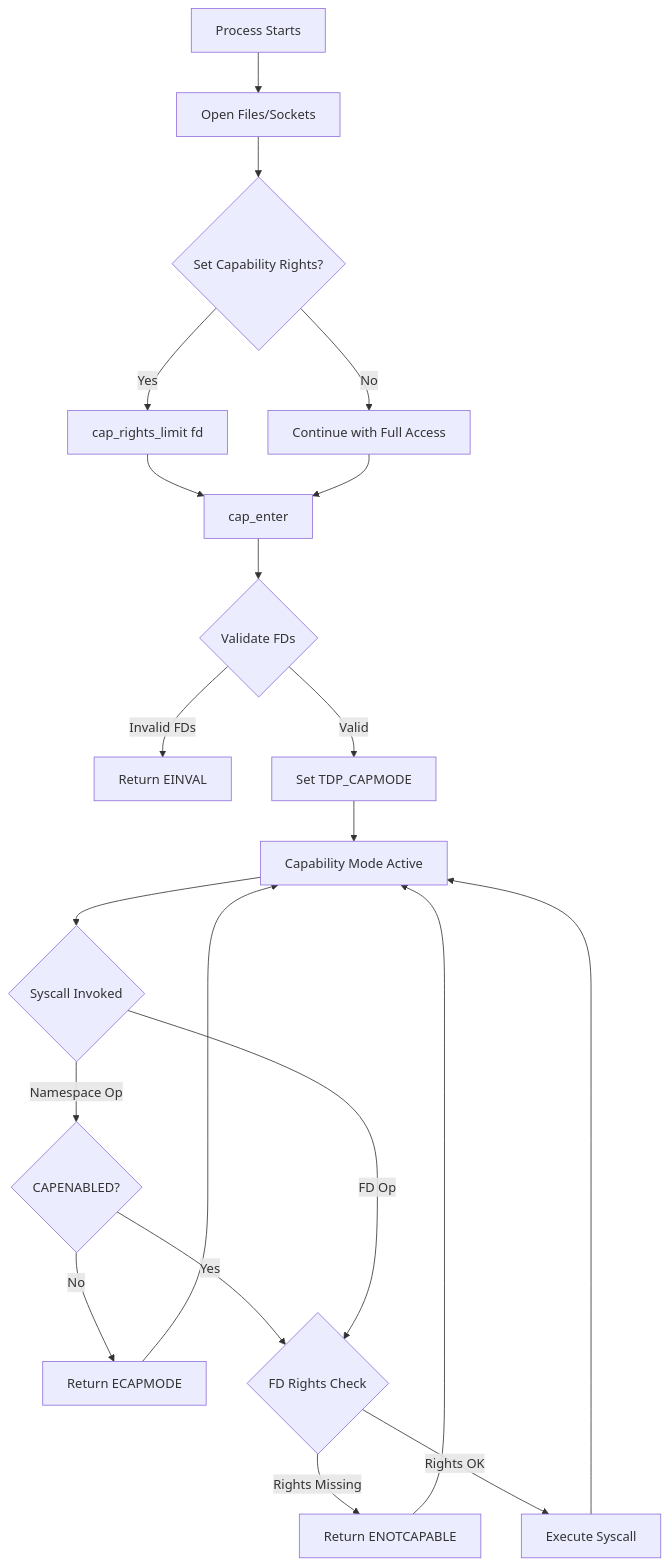
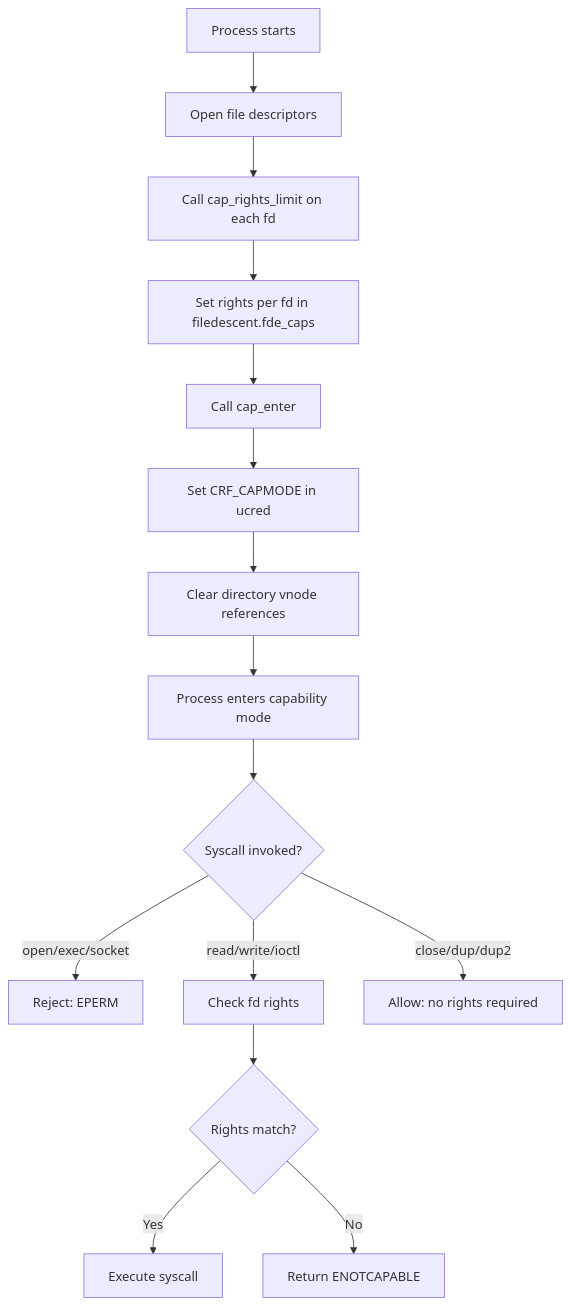
The diagram in sys/kern/README_capsicum.md (ocochard/freebsd-src), drawn with Mermaid before and after one commit. The commit also changed other lines of this file and 25 other files, not shown here.

````diff
--- a/sys/kern/README_capsicum.md
+++ b/sys/kern/README_capsicum.md
@@ -262,23 +183,17 @@
 ```mermaid
 flowchart TD
-    A[Process Starts] --> B[Open Files/Sockets]
-    B --> C{Set Capability Rights?}
-    C -->|Yes| D[cap_rights_limit fd]
-    C -->|No| E[Continue with Full Access]
-    D --> F[cap_enter]
-    E --> F
-    F --> G{Validate FDs}
-    G -->|Invalid FDs| H[Return EINVAL]
-    G -->|Valid| I[Set TDP_CAPMODE]
-    I --> J[Capability Mode Active]
-    J --> K{Syscall Invoked}
-    K -->|Namespace Op| L{CAPENABLED?}
-    L -->|No| M[Return ECAPMODE]
-    L -->|Yes| N{FD Rights Check}
-    K -->|FD Op| N
-    N -->|Rights Missing| O[Return ENOTCAPABLE]
-    N -->|Rights OK| P[Execute Syscall]
-    P --> J
-    M --> J
-    O --> J
+    A[Process starts] --> B[Open file descriptors]
+    B --> C[Call cap_rights_limit on each fd]
+    C --> D[Set rights per fd in filedescent.fde_caps]
+    D --> E[Call cap_enter]
+    E --> F[Set CRF_CAPMODE in ucred]
+    F --> G[Clear directory vnode references]
+    G --> H[Process enters capability mode]
+    H --> I{Syscall invoked?}
+    I -->|open/exec/socket| J[Reject: EPERM]
+    I -->|read/write/ioctl| K[Check fd rights]
+    K --> L{Rights match?}
+    L -->|Yes| M[Execute syscall]
+    L -->|No| N[Return ENOTCAPABLE]
+    I -->|close/dup/dup2| O[Allow: no rights required]
 ```
````
